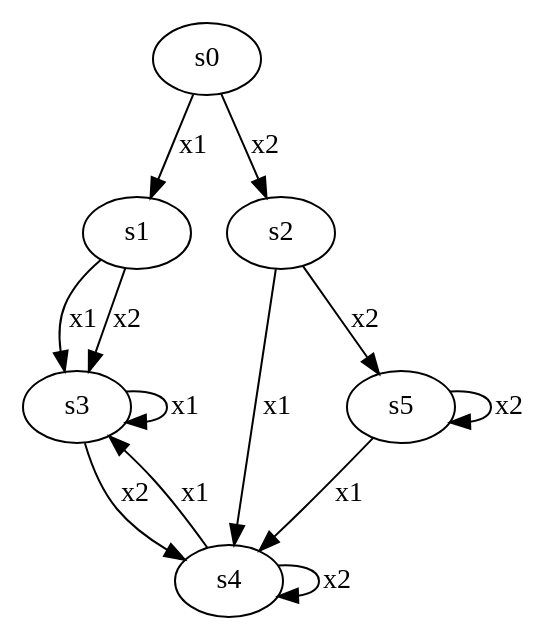
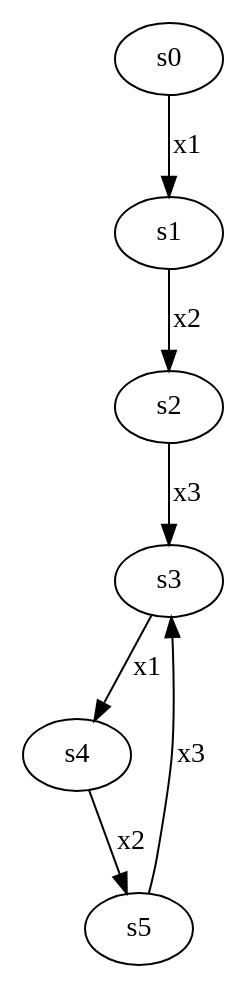
The diagram in ConvertMachines/MachineDetermination/graph.dot (StepanovVladimir/machines_and_formal_languages), drawn with Graphviz before and after one commit. The commit also changed 4 other files, not shown here.

```diff
--- a/ConvertMachines/MachineDetermination/graph.dot
+++ b/ConvertMachines/MachineDetermination/graph.dot
@@ -1,20 +1,14 @@
 digraph G {
 0 [label=s0];
 1 [label=s1];
 2 [label=s2];
 3 [label=s3];
 4 [label=s4];
 5 [label=s5];
 0->1  [label=x1];
-0->2  [label=x2];
-1->3  [label=x1];
-1->3  [label=x2];
-2->4  [label=x1];
-2->5  [label=x2];
-3->3  [label=x1];
-3->4  [label=x2];
-4->3  [label=x1];
-4->4  [label=x2];
-5->4  [label=x1];
-5->5  [label=x2];
+1->2  [label=x2];
+2->3  [label=x3];
+3->4  [label=x1];
+4->5  [label=x2];
+5->3  [label=x3];
 }
```
